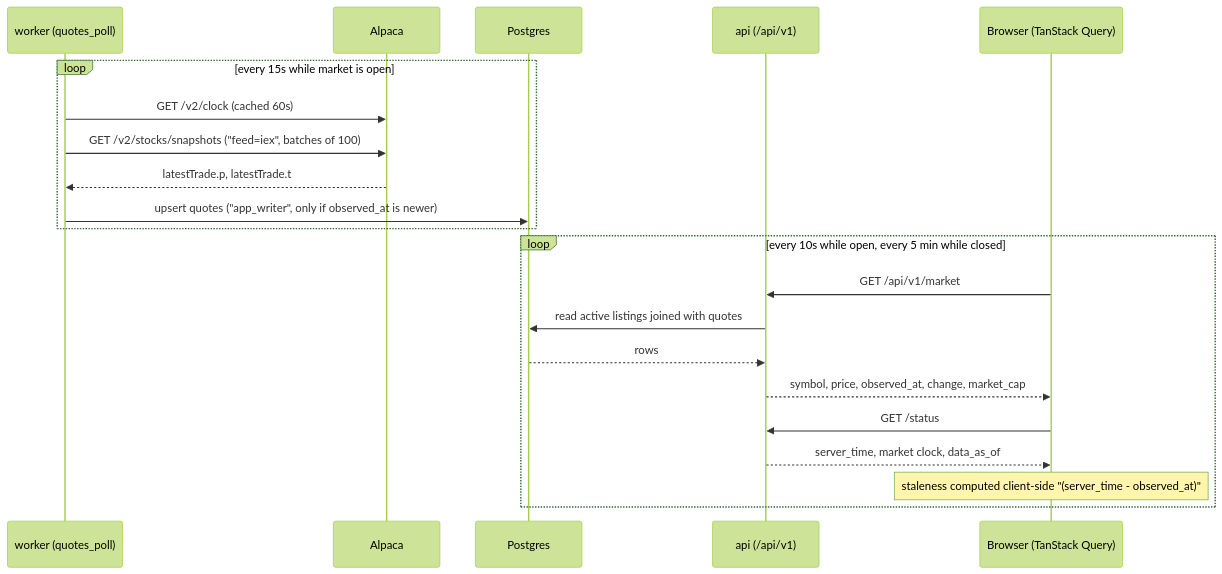
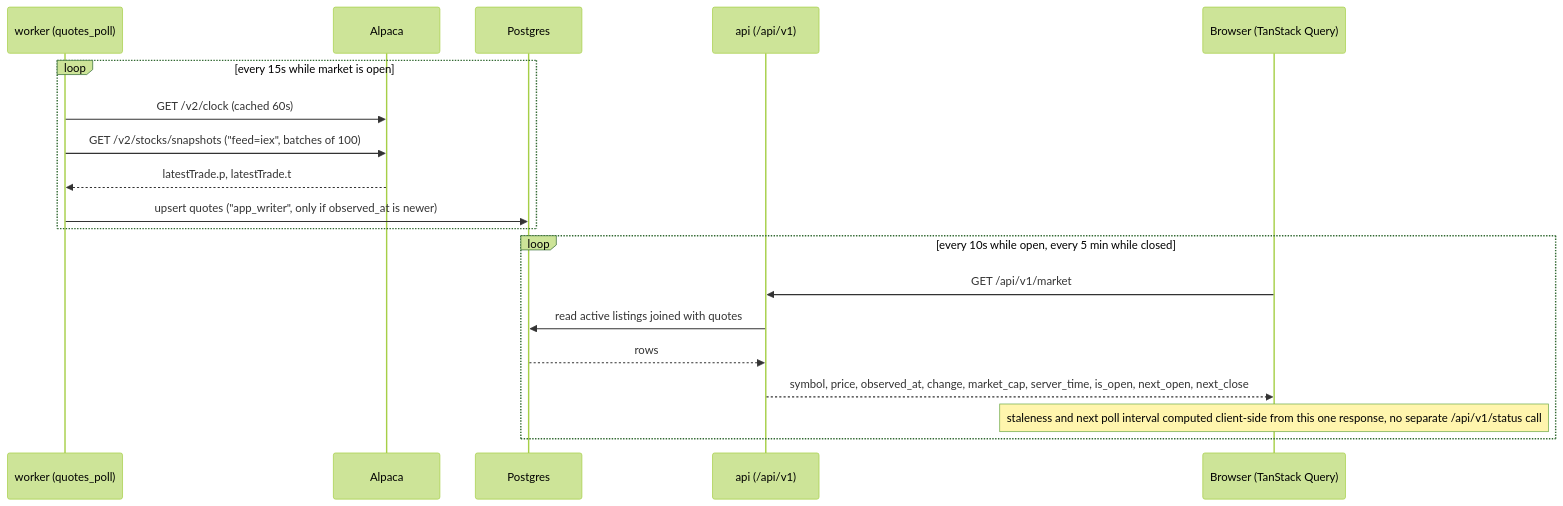
The sixth of 9 diagrams in docs/design/diagrams.md (EliRobinson/stock-ticker), drawn with Mermaid (forest theme) before and after one commit. The commit also changed other lines of this file and 2 other files, not shown here.

Commit message:
docs: fold design review round into diagrams and system design

````diff
--- a/docs/design/diagrams.md
+++ b/docs/design/diagrams.md
@@ -201,25 +279,23 @@
 ```mermaid
 sequenceDiagram
     participant W as worker (quotes_poll)
     participant ALP as Alpaca
     participant DB as Postgres
     participant API as api (/api/v1)
     participant B as Browser (TanStack Query)
 
     loop every 15s while market is open
         W->>ALP: GET /v2/clock (cached 60s)
         W->>ALP: GET /v2/stocks/snapshots ("feed=iex", batches of 100)
         ALP-->>W: latestTrade.p, latestTrade.t
         W->>DB: upsert quotes ("app_writer", only if observed_at is newer)
     end
 
     loop every 10s while open, every 5 min while closed
         B->>API: GET /api/v1/market
         API->>DB: read active listings joined with quotes
         DB-->>API: rows
-        API-->>B: symbol, price, observed_at, change, market_cap
-        B->>API: GET /status
-        API-->>B: server_time, market clock, data_as_of
-        Note over B: staleness computed client-side "(server_time - observed_at)"
+        API-->>B: symbol, price, observed_at, change, market_cap, server_time, is_open, next_open, next_close
+        Note over B: staleness and next poll interval computed client-side from this one response, no separate /api/v1/status call
     end
 ```
````
